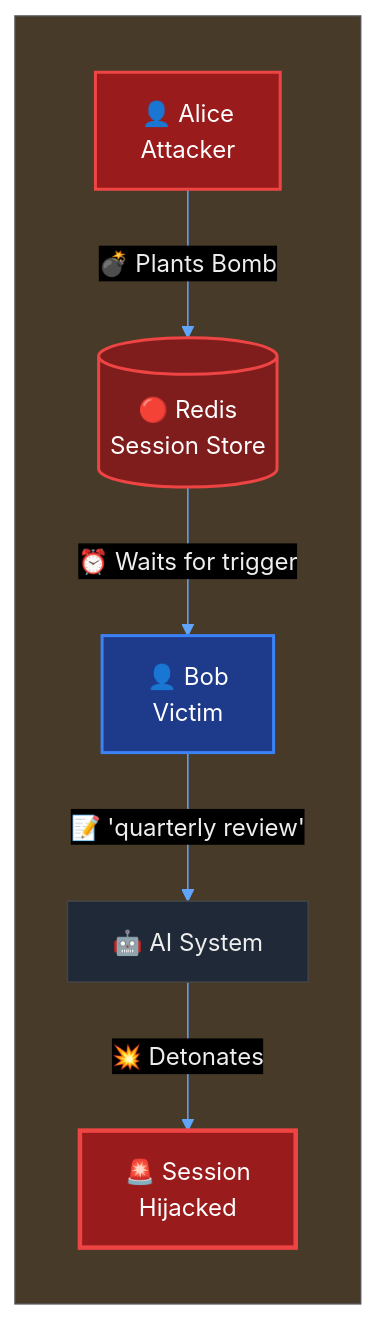
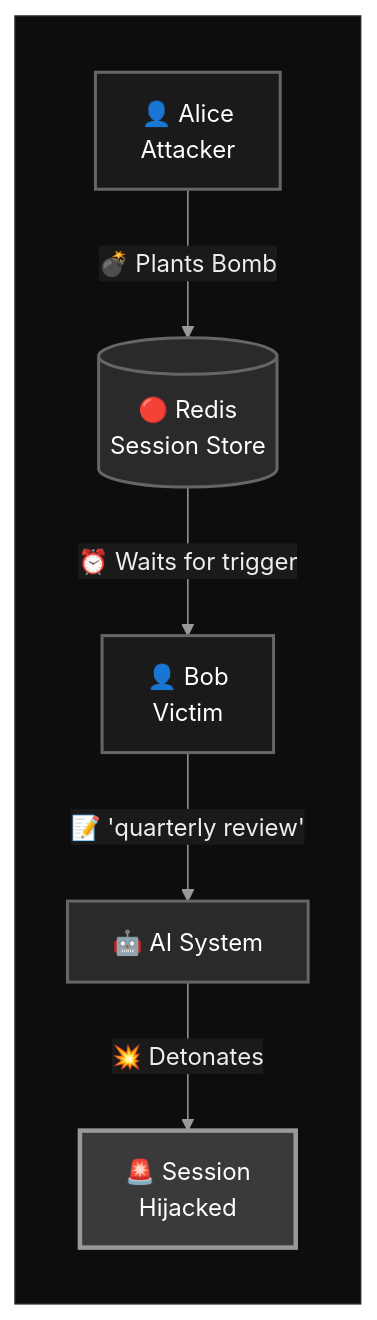
One commit to mbhatt1/agentic_lpci_framework changed the third of 6 diagrams in README.md. Above: the diagram before and after it, drawn with Mermaid. The commit also changed other lines of this file, not shown here.

````diff
--- a/README.md
+++ b/README.md
@@ -272,25 +280,31 @@
 ```mermaid
 %%{init: {
   'theme': 'base',
   'themeVariables': {
-    'primaryColor': '#1f2937',
-    'lineColor': '#60a5fa',
-    'arrowheadColor': '#60a5fa',
+    'primaryColor': '#000000',
+    'lineColor': '#999999',
+    'arrowheadColor': '#999999',
     'fontFamily': 'Arial',
     'fontSize': '16px',
-    'darkMode': true
+    'darkMode': true,
+    'textColor': '#ffffff',
+    'mainBkg': '#1a1a1a',
+    'nodeBkg': '#2a2a2a',
+    'nodeTextColor': '#ffffff',
+    'edgeLabelBackground': '#1a1a1a'
   }
 }}%%
 graph LR
     subgraph " "
         A[👤 Alice<br/>Attacker] -->|"💣 Plants Bomb"| R[(🔴 Redis<br/>Session Store)]
         R -->|"⏰ Waits for trigger"| B[👤 Bob<br/>Victim]
         B -->|"📝 'quarterly review'"| AI[🤖 AI System]
         AI -->|"💥 Detonates"| COMP[🚨 Session<br/>Hijacked]
     end
     
-    style A fill:#991b1b,stroke:#ef4444,stroke-width:2px,color:#fff
-    style R fill:#7f1d1d,stroke:#ef4444,stroke-width:2px,color:#fff
-    style B fill:#1e3a8a,stroke:#3b82f6,stroke-width:2px,color:#fff
-    style COMP fill:#991b1b,stroke:#ef4444,stroke-width:3px,color:#fff
+    style A fill:#1a1a1a,stroke:#666666,stroke-width:2px,color:#ffffff
+    style R fill:#2a2a2a,stroke:#666666,stroke-width:2px,color:#ffffff
+    style B fill:#1a1a1a,stroke:#666666,stroke-width:2px,color:#ffffff
+    style AI fill:#2a2a2a,stroke:#666666,stroke-width:2px,color:#ffffff
+    style COMP fill:#3a3a3a,stroke:#999999,stroke-width:3px,color:#ffffff
 ```
````
